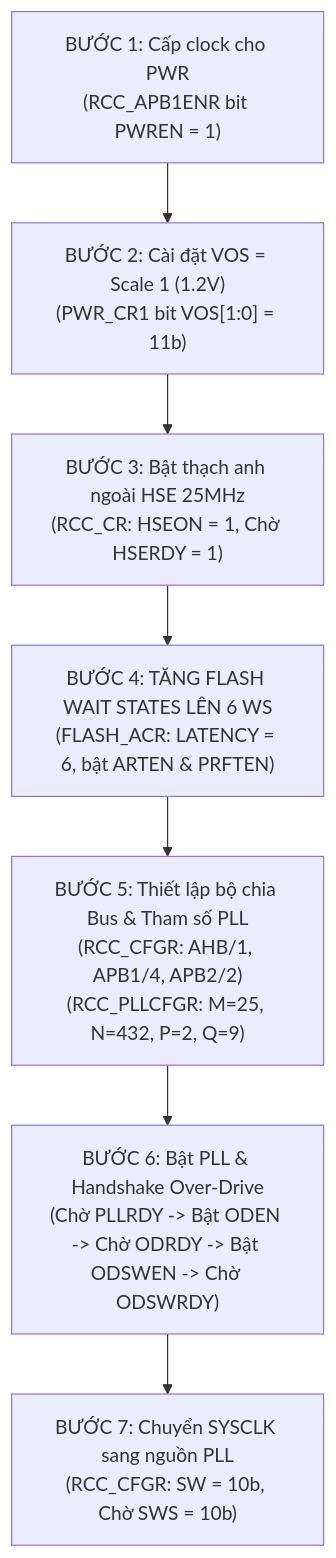
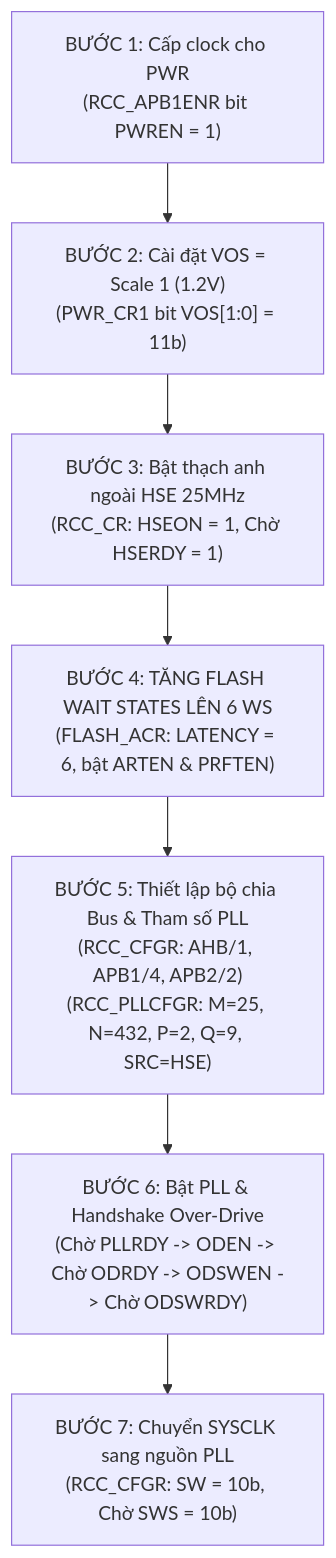
Before and after one commit to HuynhTran112/source: the second of 2 diagrams in day01_learning_guide.md, drawn with Mermaid. The commit also changed other lines of this file, not shown here.

````diff
--- a/day01_learning_guide.md
+++ b/day01_learning_guide.md
@@ -207,9 +375,9 @@
 ```mermaid
 graph TD
     S1["BƯỚC 1: Cấp clock cho PWR<br/>(RCC_APB1ENR bit PWREN = 1)"] --> S2["BƯỚC 2: Cài đặt VOS = Scale 1 (1.2V)<br/>(PWR_CR1 bit VOS[1:0] = 11b)"]
     S2 --> S3["BƯỚC 3: Bật thạch anh ngoài HSE 25MHz<br/>(RCC_CR: HSEON = 1, Chờ HSERDY = 1)"]
     S3 --> S4["BƯỚC 4: TĂNG FLASH WAIT STATES LÊN 6 WS<br/>(FLASH_ACR: LATENCY = 6, bật ARTEN & PRFTEN)"]
-    S4 --> S5["BƯỚC 5: Thiết lập bộ chia Bus & Tham số PLL<br/>(RCC_CFGR: AHB/1, APB1/4, APB2/2)<br/>(RCC_PLLCFGR: M=25, N=432, P=2, Q=9)"]
-    S5 --> S6["BƯỚC 6: Bật PLL & Handshake Over-Drive<br/>(Chờ PLLRDY -> Bật ODEN -> Chờ ODRDY -> Bật ODSWEN -> Chờ ODSWRDY)"]
+    S4 --> S5["BƯỚC 5: Thiết lập bộ chia Bus & Tham số PLL<br/>(RCC_CFGR: AHB/1, APB1/4, APB2/2)<br/>(RCC_PLLCFGR: M=25, N=432, P=2, Q=9, SRC=HSE)"]
+    S5 --> S6["BƯỚC 6: Bật PLL & Handshake Over-Drive<br/>(Chờ PLLRDY -> ODEN -> Chờ ODRDY -> ODSWEN -> Chờ ODSWRDY)"]
     S6 --> S7["BƯỚC 7: Chuyển SYSCLK sang nguồn PLL<br/>(RCC_CFGR: SW = 10b, Chờ SWS = 10b)"]
 ```
````
